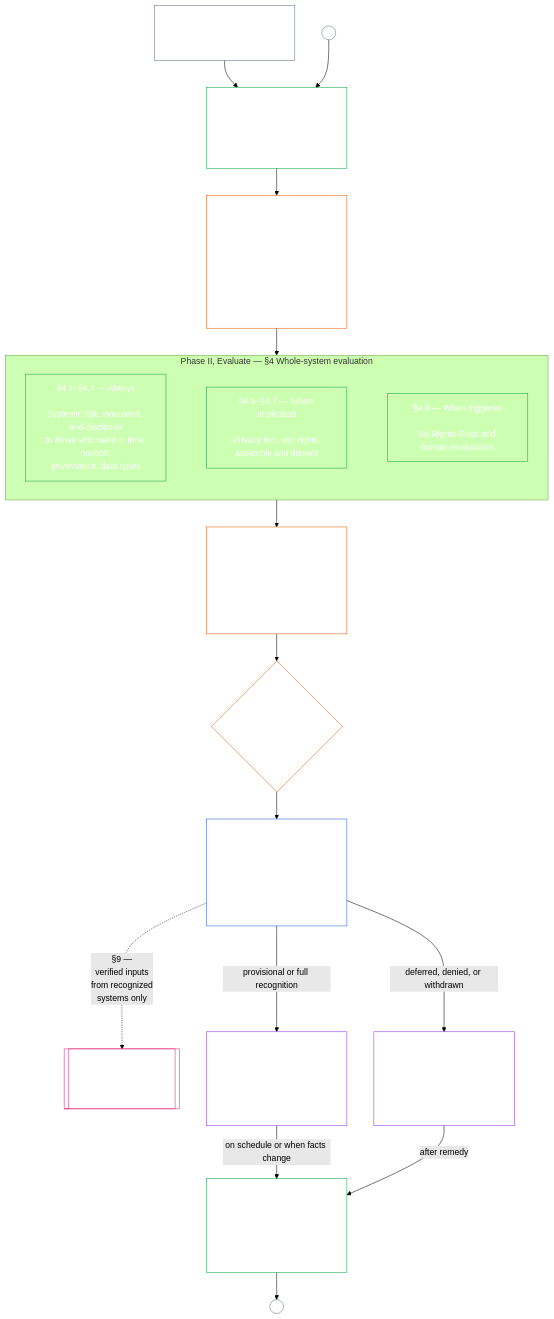
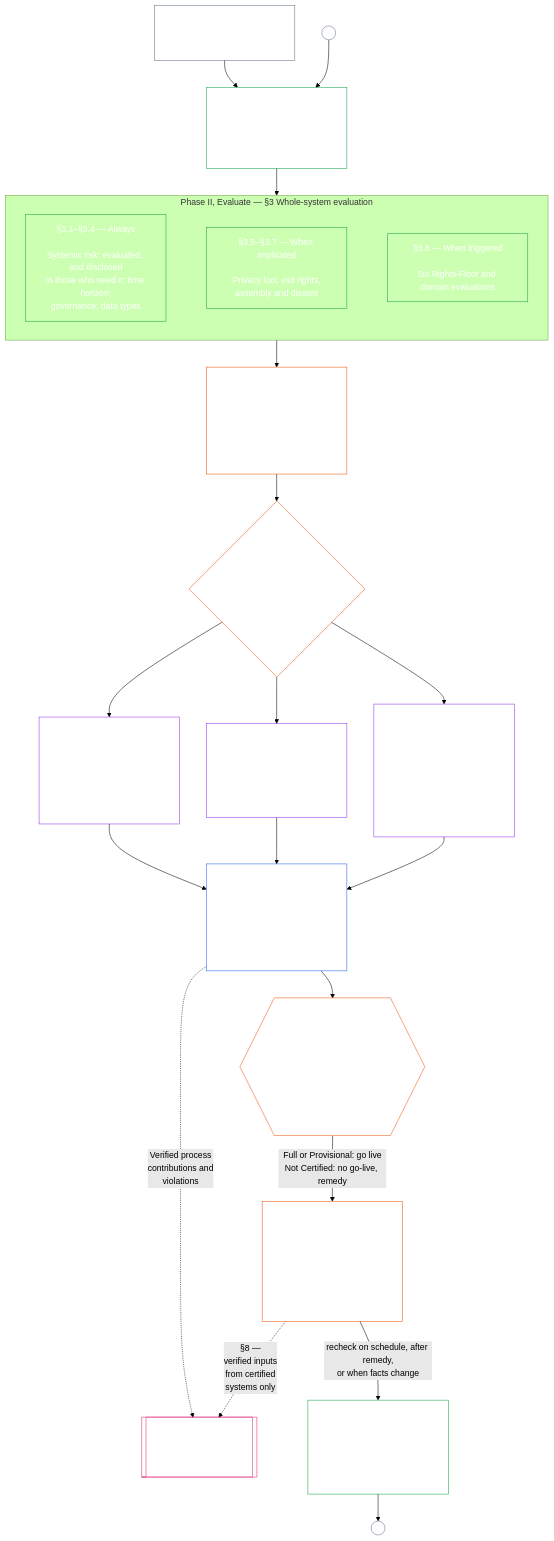
One commit to kfoelsch/Sentient_Constitution changed the diagram in core_08_a_system_alignment_certification_evaluation.md. Above: the diagram before and after it, drawn with Mermaid (forest theme). The commit also changed other lines of this file and 337 other files, not shown here.

First line of the commit message:
restructure(ch08): go-live gate, challenge path to Operate, certification statuses

````diff
--- a/core_08_a_system_alignment_certification_evaluation.md
+++ b/core_08_a_system_alignment_certification_evaluation.md
@@ -69,49 +69,56 @@
 ```mermaid
 flowchart TB
-    T["System with material impact seeks recognition,<br/>or reliance on it grows"]
+    T["System with material impact seeks certification,<br/>or reliance on it grows"]
     C["Phase I, Frame — §2<br/>Classify honestly<br/><br/>Class sets depth and re-check schedule"]
-    Ch["Phase I, Frame — §3<br/>Open the challenge path<br/><br/>As soon as the system has stakeholders, and<br/>named in the record before any sign-off;<br/>a credible challenge reopens review at §8"]
-    subgraph W["Phase II, Evaluate — §4 Whole-system evaluation"]
+    Ch["Phase VI, Operate — §7.1<br/>Challenge path stays open<br/><br/>Open while the outcome stands and the system operates;<br/>a credible challenge reopens review at §7"]
+    subgraph W["Phase II, Evaluate — §3 Whole-system evaluation"]
         direction LR
-        Al["§4.1–§4.4 — Always<br/><br/>Systemic risk: evaluated, and disclosed<br/>to those who need it; time horizon;<br/>governance; data types"]
-        Im["§4.5–§4.7 — When implicated<br/><br/>Privacy loci, exit rights,<br/>assembly and dissent"]
-        Tr["§4.8 — When triggered<br/><br/>Six Rights-Floor and domain evaluations"]
+        Al["§3.1–§3.4 — Always<br/><br/>Systemic risk: evaluated, and disclosed<br/>to those who need it; time horizon;<br/>governance; data types"]
+        Im["§3.5–§3.7 — When implicated<br/><br/>Privacy loci, exit rights,<br/>assembly and dissent"]
+        Tr["§3.8 — When triggered<br/><br/>Six Rights-Floor and domain evaluations"]
         Al ~~~ Im ~~~ Tr
     end
-    F["Phase III, Review — §5<br/>Forum component findings<br/><br/>Roles, then supervisory sequence;<br/>the contestability chain runs alongside"]
-    Rec["Phase V, Record — §7<br/>One System Certification Record<br/><br/>Opened at the start; completed with the outcome<br/>and everything behind it"]
+    F["Phase III, Review — §4<br/>Forum component findings<br/><br/>Roles, then supervisory sequence;<br/>the contestability chain runs alongside"]
+    Rec["Phase V, Record — §6<br/>One System Certification Record<br/><br/>Opened at the start; completed with the outcome<br/>and everything behind it"]
     S[["Chapter Nine — Standing<br/>records<br/><br/>Outside this chapter"]]
-    O{"Phase IV, Decide — §6<br/>Outcome"}
-    U["Reliance within stated limits<br/><br/>Provisional: shorter recertification clock<br/>Full: longer clock, earned only by clean recertification"]
-    X["Remedy the defects<br/><br/>Response runs on the Chapter Twelve tier clocks<br/>Next recognition is provisional"]
-    Re["Phase VI, Operate — §8<br/>Recertification, reopening,<br/>or fresh review<br/><br/>Each pass opens a new record"]
+    O{"Phase IV, Decide — §5<br/>Outcome<br/>No go-live before certification"}
+    Fc["Full Certification — §5, §7.2<br/><br/>Earned only at a recertification of a system<br/>holding Provisional Certification<br/>Longer recertification clock"]
+    Pc["Provisional Certification — §5, §7.2<br/><br/>First certification, or after a failed recertification<br/>Shorter recertification clock"]
+    Nc["Not Certified — §5<br/><br/>Deferred, refused, or withdrawn: no go-live<br/>Remedy the defects; response runs on the<br/>Chapter Twelve tier clocks<br/>Next certification is provisional"]
+    G{{"Publication and go-live gate — §5, §7.1<br/><br/>The outcome is published and the challenge path opens;<br/>a certified system may then go live,<br/>within the limits on the record"}}
+    Re["Phase VI, Operate — §7<br/>Recertification, reopening,<br/>or fresh review<br/><br/>Each pass opens a new record"]
     T --> C
     A1((A)) --> C
-    C --> Ch
-    Ch --> W
+    C --> W
     W --> F
     F --> O
-    O --> Rec
-    Rec -..->|§9 —<br/>verified inputs<br/>from recognized<br/>systems only| S
-    Rec -->|provisional or full recognition| U
-    Rec -->|deferred, denied, or withdrawn| X
-    S ~~~ Re
-    U -->|on schedule or when facts change| Re
-    X -->|after remedy| Re
+    O --> Fc
+    O --> Pc
+    O --> Nc
+    Fc --> Rec
+    Pc --> Rec
+    Nc --> Rec
+    Rec -...->|Verified process<br/>contributions and<br/>violations| S
+    Rec --> G
+    Ch -.->|§8 —<br/>verified inputs<br/>from certified<br/>systems only| S
+    G -->|Full or Provisional: go live<br/>Not Certified: no go-live, remedy| Ch
+    Ch -->|recheck on schedule, after remedy,<br/>or when facts change| Re
     Re --> A2((A))
     style T fill:none,stroke:#64748b,color:#ffffff
     style C fill:none,stroke:#16a34a,color:#ffffff
     style Ch fill:none,stroke:#ea580c,color:#ffffff
     style Al fill:none,stroke:#16a34a,color:#ffffff
     style Im fill:none,stroke:#16a34a,color:#ffffff
     style Tr fill:none,stroke:#16a34a,color:#ffffff
     style F fill:none,stroke:#ea580c,color:#ffffff
     style Rec fill:none,stroke:#2563eb,color:#ffffff
     style S fill:none,stroke:#db2777,color:#ffffff
     style O fill:none,stroke:#ea580c,color:#ffffff
-    style U fill:none,stroke:#9333ea,color:#ffffff
-    style X fill:none,stroke:#9333ea,color:#ffffff
+    style Fc fill:none,stroke:#9333ea,color:#ffffff
+    style Pc fill:none,stroke:#9333ea,color:#ffffff
+    style Nc fill:none,stroke:#9333ea,color:#ffffff
+    style G fill:none,stroke:#ea580c,color:#ffffff
     style Re fill:none,stroke:#16a34a,color:#ffffff
     style A1 fill:none,stroke:#64748b,color:#ffffff
     style A2 fill:none,stroke:#64748b,color:#ffffff
 ```
````
